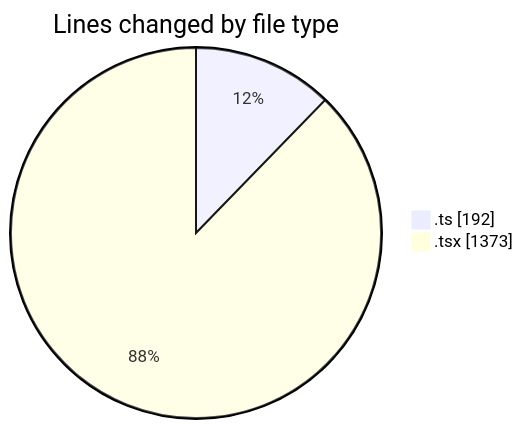
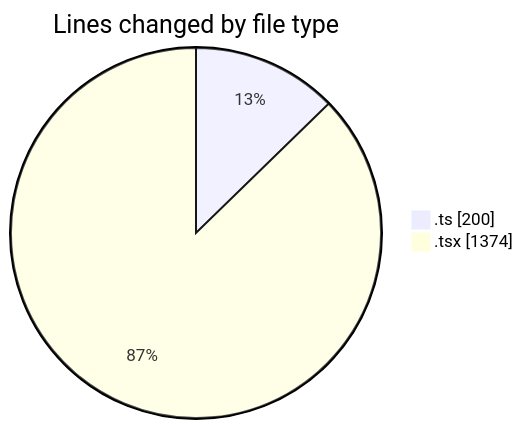
Before and after one commit to momahboobian/code-tracking: the first of 2 diagrams in 2025-07-04/cda/README.md, drawn with Mermaid. The commit also changed other lines of this file and 1 other file, not shown here.

````diff
--- a/2025-07-04/cda/README.md
+++ b/2025-07-04/cda/README.md
@@ -24,6 +25,6 @@
 ```mermaid
 pie showData
 title Lines changed by file type
-".ts" : 192
-".tsx" : 1373
+".ts" : 200
+".tsx" : 1374
 ```
````
